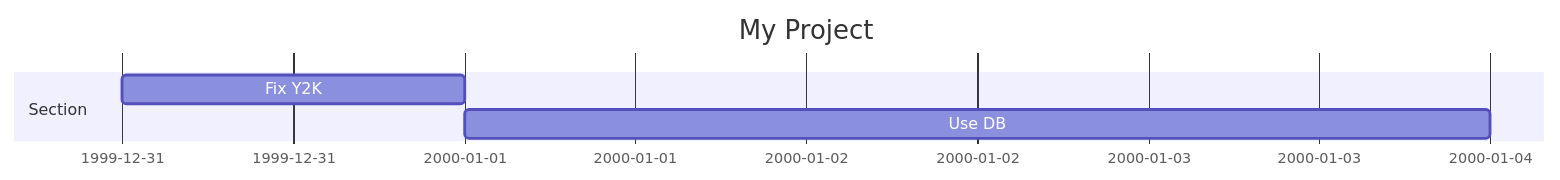
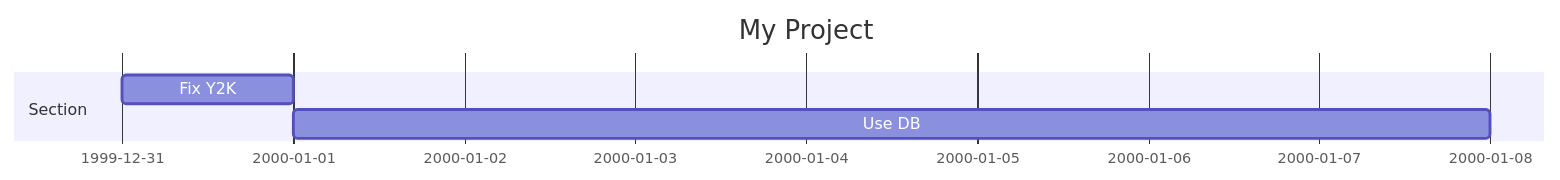
Before and after one commit to fhnw-imvs/fhnw-ipro-indoor-climate: the diagram in level-0/README.md, drawn with Mermaid.

````diff
--- a/level-0/README.md
+++ b/level-0/README.md
@@ -42,8 +42,8 @@
 ```mermaid
 gantt
     title My Project
     dateFormat  YYYY-MM-DD
     section Section
     Fix Y2K :t1, 1999-12-31, 1d
-    Use DB  :after t1, 3d
+    Use DB  :after t1, 7d
 ```  
````
